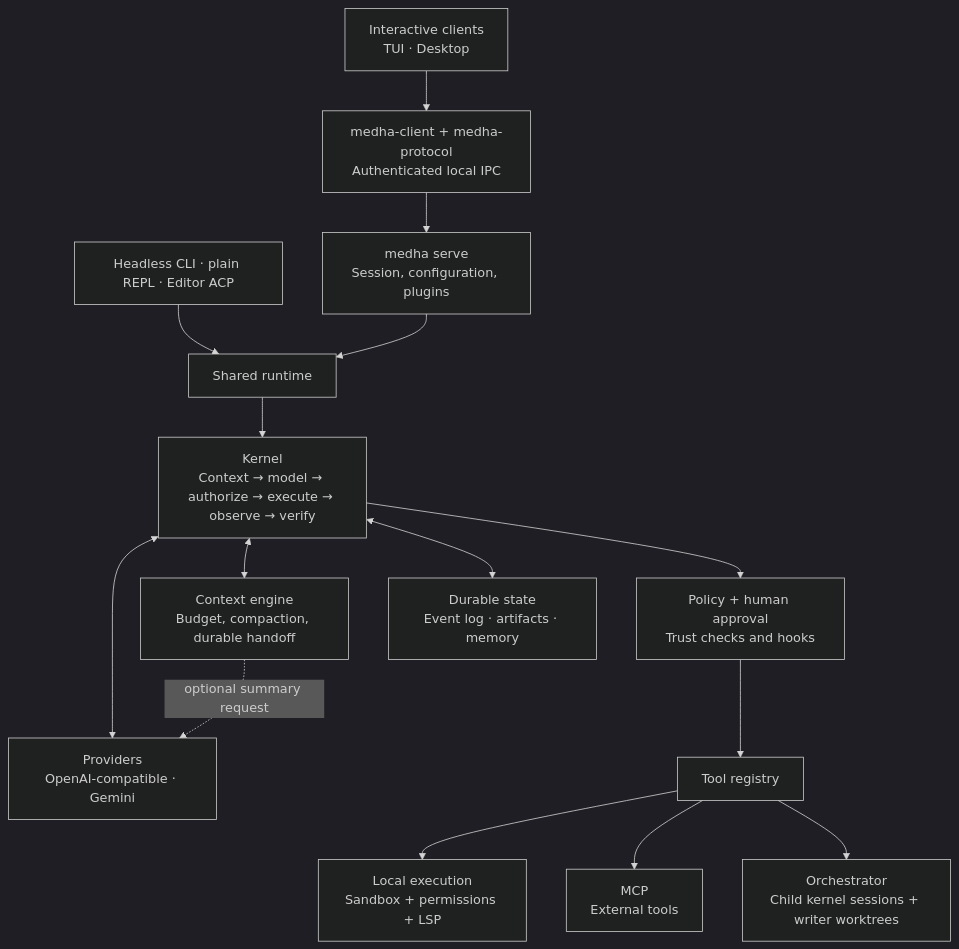
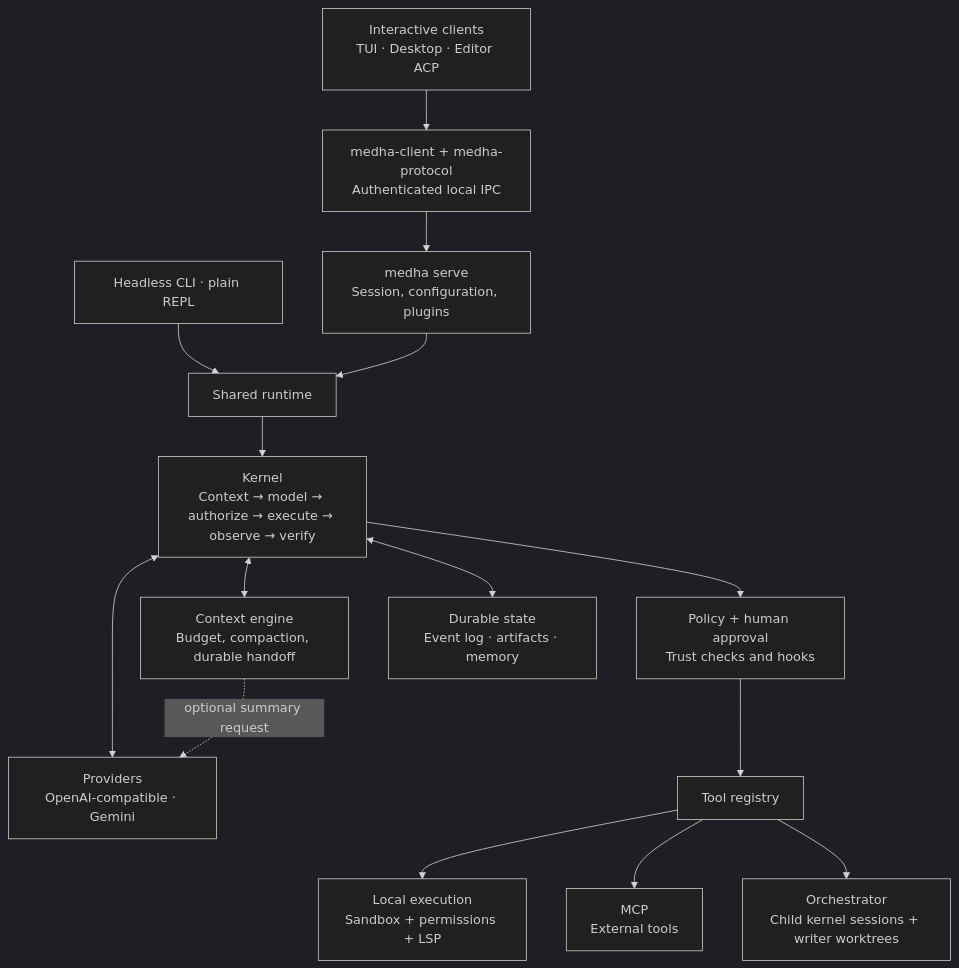
Before and after one commit to kashyaprajharsh/medha-agent: the diagram in README.md, drawn with Mermaid (dark theme). The commit also changed other lines of this file and 44 other files, not shown here.

First line of the commit message:
refactor(acp): route editor sessions through the shared backend

````diff
--- a/README.md
+++ b/README.md
@@ -295,17 +296,17 @@
 ```mermaid
 flowchart TB
-    UI["Interactive clients<br/>TUI · Desktop"] --> CLIENT["medha-client + medha-protocol<br/>Authenticated local IPC"]
+    UI["Interactive clients<br/>TUI · Desktop · Editor ACP"] --> CLIENT["medha-client + medha-protocol<br/>Authenticated local IPC"]
     CLIENT --> CLI["medha serve<br/>Session, configuration, plugins"]
-    DIRECT["Headless CLI · plain REPL · Editor ACP"] --> RUNTIME["Shared runtime"]
+    DIRECT["Headless CLI · plain REPL"] --> RUNTIME["Shared runtime"]
     CLI --> RUNTIME
     RUNTIME --> K["Kernel<br/>Context → model → authorize → execute → observe → verify"]
     K <--> C["Context engine<br/>Budget, compaction, durable handoff"]
     K <--> P["Providers<br/>OpenAI-compatible · Gemini"]
     C -. "optional summary request" .-> P
     K --> G["Policy + human approval<br/>Trust checks and hooks"]
     G --> T["Tool registry"]
     T --> S["Local execution<br/>Sandbox + permissions + LSP"]
     T --> M["MCP<br/>External tools"]
     T --> A["Orchestrator<br/>Child kernel sessions + writer worktrees"]
     K <--> D["Durable state<br/>Event log · artifacts · memory"]
 ```
````
